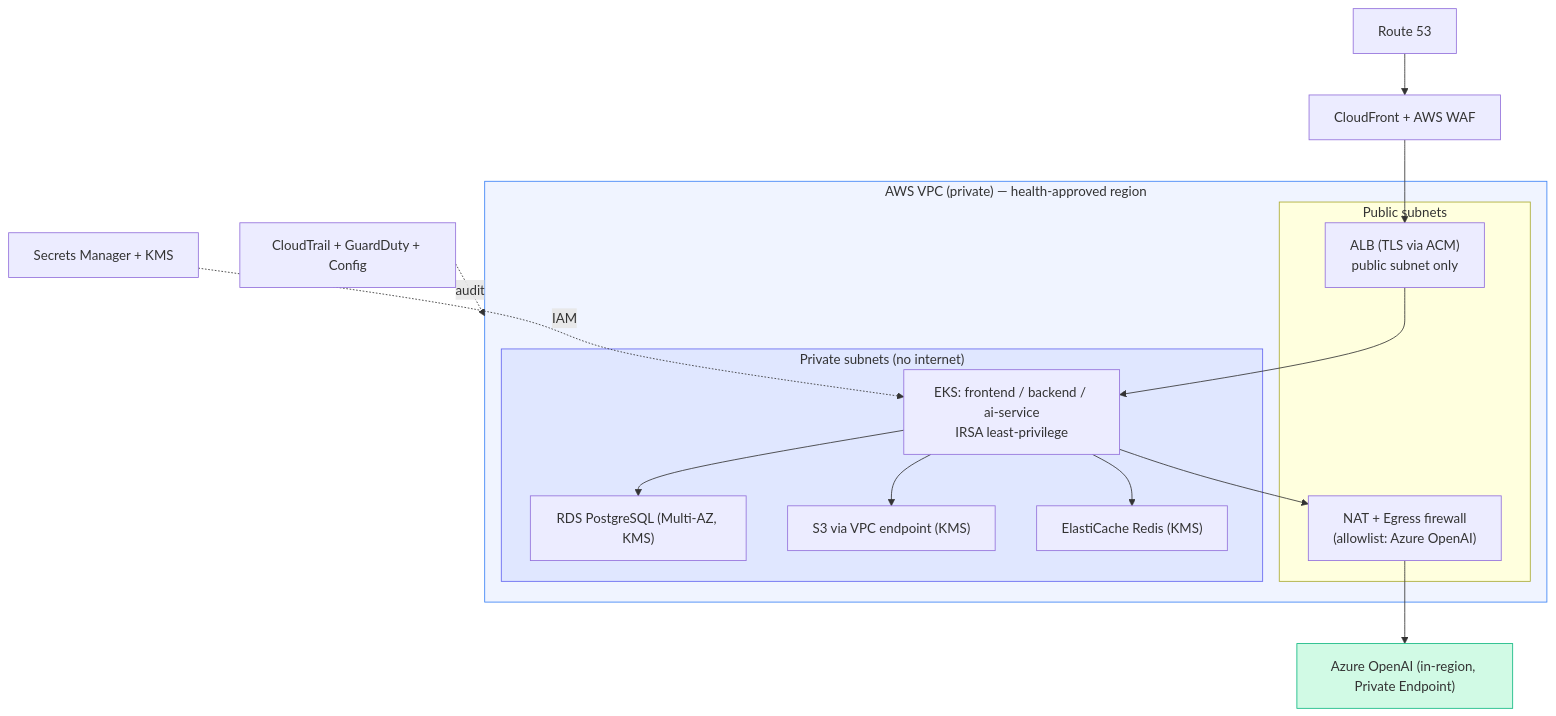
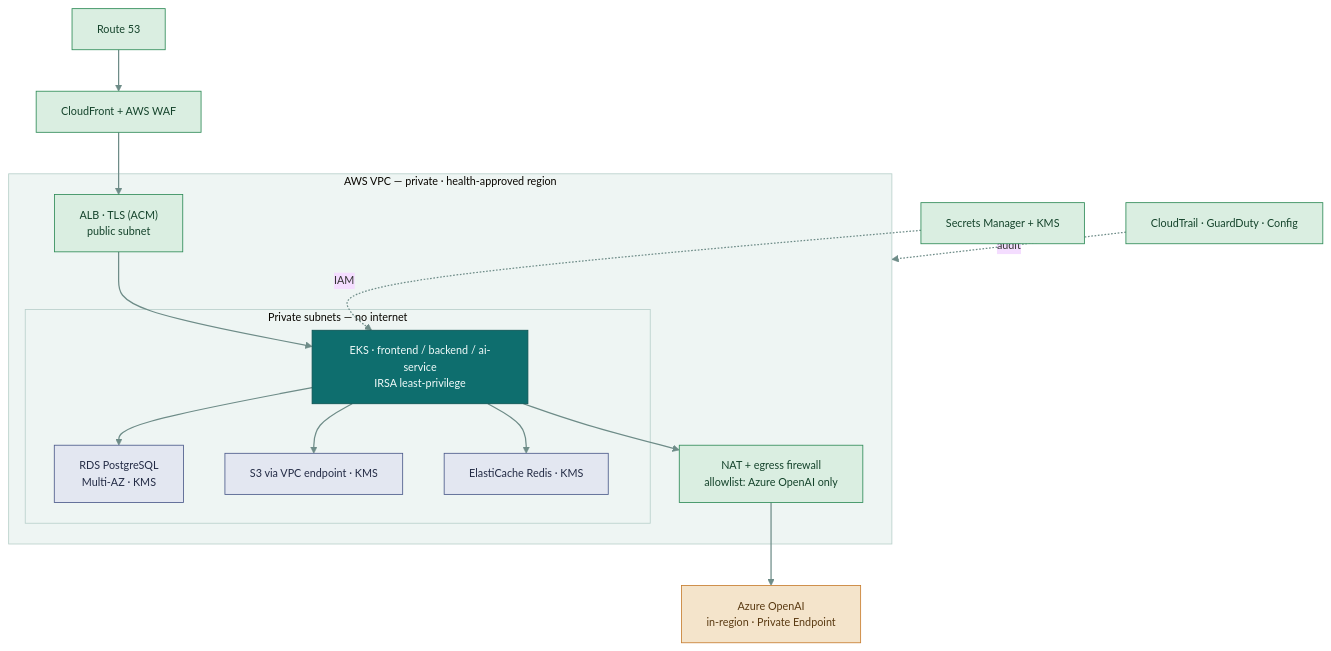
The fifth of 6 diagrams in ARCHITECTURE.md (shankasf/small_migration), drawn with Mermaid before and after one commit. The commit also changed other lines of this file and 3 other files, not shown here.

First line of the commit message:
feat(architecture): Render Mermaid diagrams as embedded images in docx

````diff
--- a/ARCHITECTURE.md
+++ b/ARCHITECTURE.md
@@ -362,31 +389,29 @@
 ```mermaid
-graph TB
-    R53["Route 53"] --> CF["CloudFront + AWS WAF"]
-    CF --> ALB["ALB (TLS via ACM)<br/>public subnet only"]
+%%{init:{'theme':'base','themeVariables':{'fontFamily':'Helvetica,Arial,sans-serif','fontSize':'13px','clusterBkg':'#EEF5F3','clusterBorder':'#B9D0CB','lineColor':'#6E8C88'}}}%%
+flowchart TB
+  R53["Route 53"]:::ctrl --> CF["CloudFront + AWS WAF"]:::ctrl
+  CF --> ALB["ALB · TLS (ACM)<br/>public subnet"]:::ctrl
+  subgraph VPC["AWS VPC — private · health-approved region"]
+    subgraph PRIV["Private subnets — no internet"]
+      EKS["EKS · frontend / backend / ai-service<br/>IRSA least-privilege"]:::app
+      RDS["RDS PostgreSQL<br/>Multi-AZ · KMS"]:::data
+      S3["S3 via VPC endpoint · KMS"]:::data
+      REDIS["ElastiCache Redis · KMS"]:::data
+    end
+    NAT["NAT + egress firewall<br/>allowlist: Azure OpenAI only"]:::ctrl
+    ALB --> EKS
+    EKS --> RDS
+    EKS --> S3
+    EKS --> REDIS
+    EKS --> NAT
+  end
+  SM["Secrets Manager + KMS"]:::ctrl -.->|IAM| EKS
+  CT["CloudTrail · GuardDuty · Config"]:::ctrl -.->|audit| VPC
+  NAT --> AOAI["Azure OpenAI<br/>in-region · Private Endpoint"]:::ext
 
-    subgraph VPC["AWS VPC (private) — health-approved region"]
-        subgraph Pub["Public subnets"]
-            ALB
-            NAT["NAT + Egress firewall<br/>(allowlist: Azure OpenAI)"]
-        end
-        subgraph Priv["Private subnets (no internet)"]
-            EKS["EKS: frontend / backend / ai-service<br/>IRSA least-privilege"]
-            RDS["RDS PostgreSQL (Multi-AZ, KMS)"]
-            S3EP["S3 via VPC endpoint (KMS)"]
-            Redis["ElastiCache Redis (KMS)"]
-        end
-        ALB --> EKS
-        EKS --> RDS
-        EKS --> S3EP
-        EKS --> Redis
-        EKS --> NAT
-    end
-
-    SM["Secrets Manager + KMS"] -. IAM .-> EKS
-    CT["CloudTrail + GuardDuty + Config"] -. audit .-> VPC
-    NAT --> AOAI["Azure OpenAI (in-region, Private Endpoint)"]
-
-    style VPC fill:#f0f4ff,stroke:#3b82f6
-    style Priv fill:#e0e7ff,stroke:#6366f1
-    style AOAI fill:#d1fae5,stroke:#10b981
+  classDef app fill:#0E6E6E,stroke:#0A5252,color:#F2FBFA;
+  classDef ctrl fill:#DAEEE1,stroke:#2E8B57,color:#14432B;
+  classDef data fill:#E3E7F1,stroke:#4B5A8A,color:#232B45;
+  classDef ext fill:#F4E4CB,stroke:#C77D2E,color:#5A3A12;
+  linkStyle default stroke:#6E8C88,stroke-width:1.5px;
 ```
````
